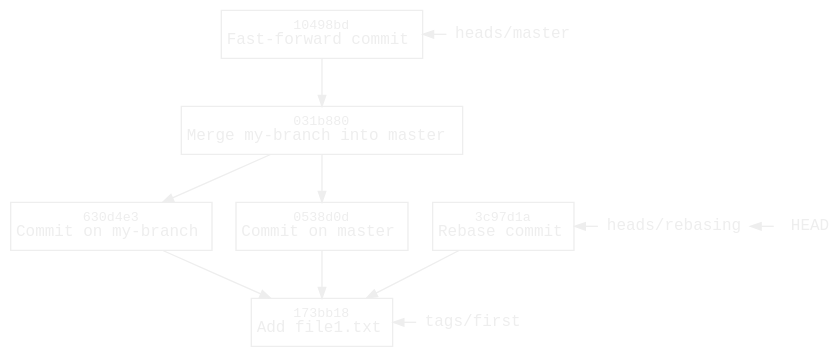
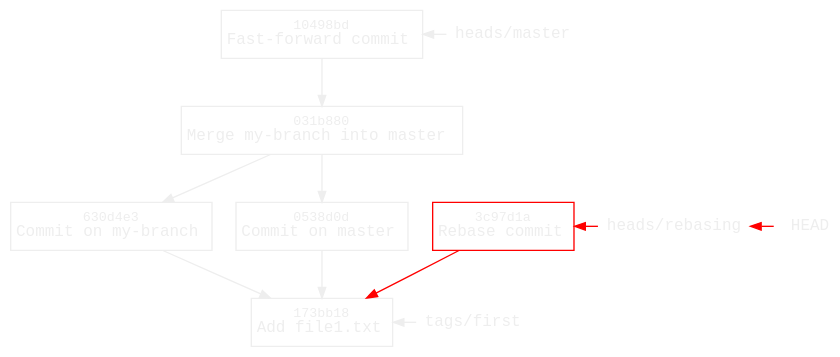
Before and after one commit to williamvds/website: the diagram in content/blog/git/rebase-before.dot, drawn with Graphviz. The commit also changed 11 other files, not shown here.

Commit message:
blog: Git: highlight changes in history diagrams

```diff
--- a/content/blog/git/rebase-before.dot
+++ b/content/blog/git/rebase-before.dot
@@ -1,51 +1,52 @@
 digraph branch {
     bgcolor = transparent
     color = white
 
     node [fontname=monospace fontsize=12 fontcolor="#eeeeee"
           margin="0.06,0.1" height=0 color="#eeeeee"]
     edge [fontcolor="#eeeeee" color="#eeeeee" arrowsize=0.8]
 
     node [shape=box labeldistance=0.2]
     "173bb18" [label=<<font point-size="10">173bb18</font><br/>Add file1.txt>]
     "630d4e3" [label=<<font point-size="10">630d4e3</font><br/>Commit on my-branch>]
     "0538d0d" [label=<<font point-size="10">0538d0d</font><br/>Commit on master>]
     "031b880" [label=<<font point-size="10">031b880</font><br/>Merge my-branch into master>]
     "10498bd" [label=<<font point-size="10">10498bd</font><br/>Fast-forward commit>]
-    "3c97d1a" [label=<<font point-size="10">3c97d1a</font><br/>Rebase commit>]
+    "3c97d1a" [label=<<font point-size="10">3c97d1a</font><br/>Rebase commit>
+        color=red]
 
     node [shape=none margin=0.05 height=0]
     HEAD
     master [label="heads/master"]
     rebasing [label="heads/rebasing"]
     first [label="tags/first"]
 
     // master
     {
         edge [weight=3]
         "0538d0d" -> "173bb18"
         "031b880" -> "0538d0d"
         "10498bd" -> "031b880"
     }
 
-    "3c97d1a" -> "173bb18"
+    "3c97d1a" -> "173bb18" [color=red]
     "630d4e3" -> "173bb18"
     "031b880" -> "630d4e3"
 
     {
         rank = same
         first -> "173bb18" [constraint=false]
     }
 
     {
         rank = same
         master -> "10498bd" [constraint=false weight=1]
     }
 
     {
         rank = same
         edge [constraint=false]
-        HEAD -> rebasing
-        rebasing -> "3c97d1a"
+        HEAD -> rebasing [color=red]
+        rebasing -> "3c97d1a" [color=red]
     }
 }
```
